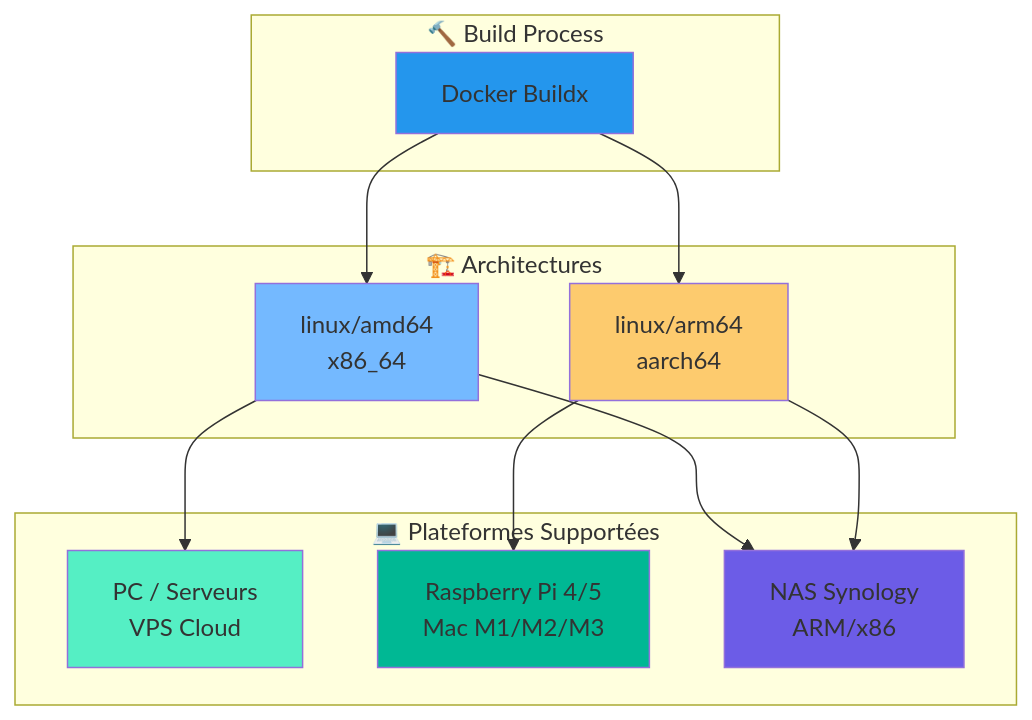
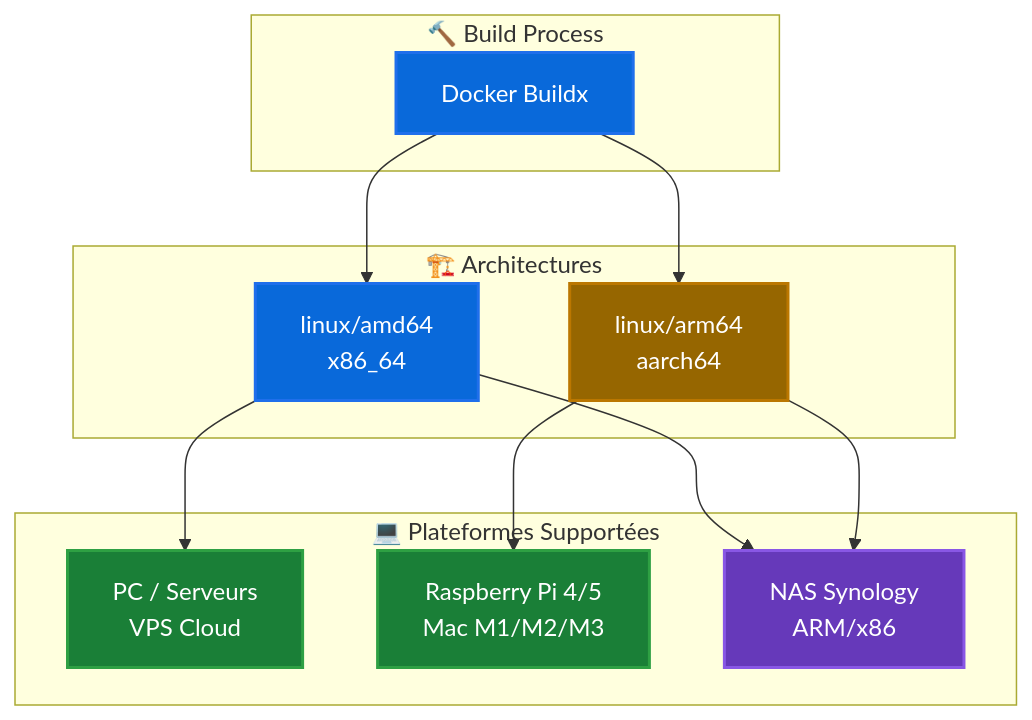
Before and after one commit to Kiwi41/discord-plateau-bot: the third of 3 diagrams in GITHUB_CONTAINER_REGISTRY.md, drawn with Mermaid. The commit also changed other lines of this file and 8 other files, not shown here.

Commit message:
docs: Improve Mermaid diagrams visibility for dark theme

````diff
--- a/GITHUB_CONTAINER_REGISTRY.md
+++ b/GITHUB_CONTAINER_REGISTRY.md
@@ -146,32 +153,32 @@
 ```mermaid
 graph TB
     subgraph "🔨 Build Process"
         BUILD[Docker Buildx]
     end
     
     subgraph "🏗️ Architectures"
         AMD[linux/amd64<br/>x86_64]
         ARM[linux/arm64<br/>aarch64]
     end
     
     subgraph "💻 Plateformes Supportées"
         PC[PC / Serveurs<br/>VPS Cloud]
         RPI[Raspberry Pi 4/5<br/>Mac M1/M2/M3]
         NAS[NAS Synology<br/>ARM/x86]
     end
     
     BUILD --> AMD
     BUILD --> ARM
     
     AMD --> PC
     ARM --> RPI
     AMD --> NAS
     ARM --> NAS
     
-    style BUILD fill:#2496ed
-    style AMD fill:#74b9ff
-    style ARM fill:#fdcb6e
-    style PC fill:#55efc4
-    style RPI fill:#00b894
-    style NAS fill:#6c5ce7
+    style BUILD fill:#0969da,stroke:#1f6feb,stroke-width:2px,color:#fff
+    style AMD fill:#0969da,stroke:#1f6feb,stroke-width:2px,color:#fff
+    style ARM fill:#966600,stroke:#bb7700,stroke-width:2px,color:#fff
+    style PC fill:#1a7f37,stroke:#2ea043,stroke-width:2px,color:#fff
+    style RPI fill:#1a7f37,stroke:#2ea043,stroke-width:2px,color:#fff
+    style NAS fill:#6639ba,stroke:#8957e5,stroke-width:2px,color:#fff
 ```
````
